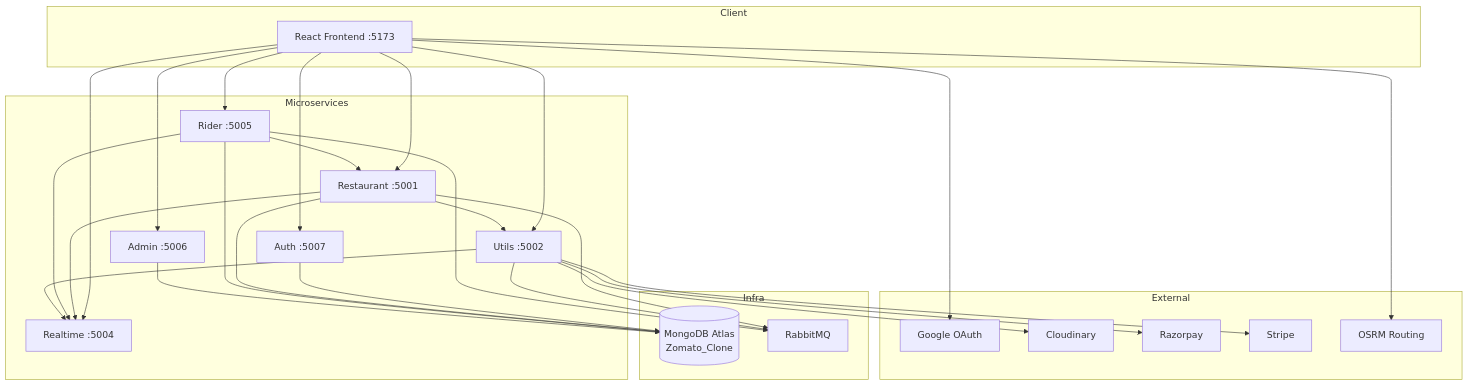
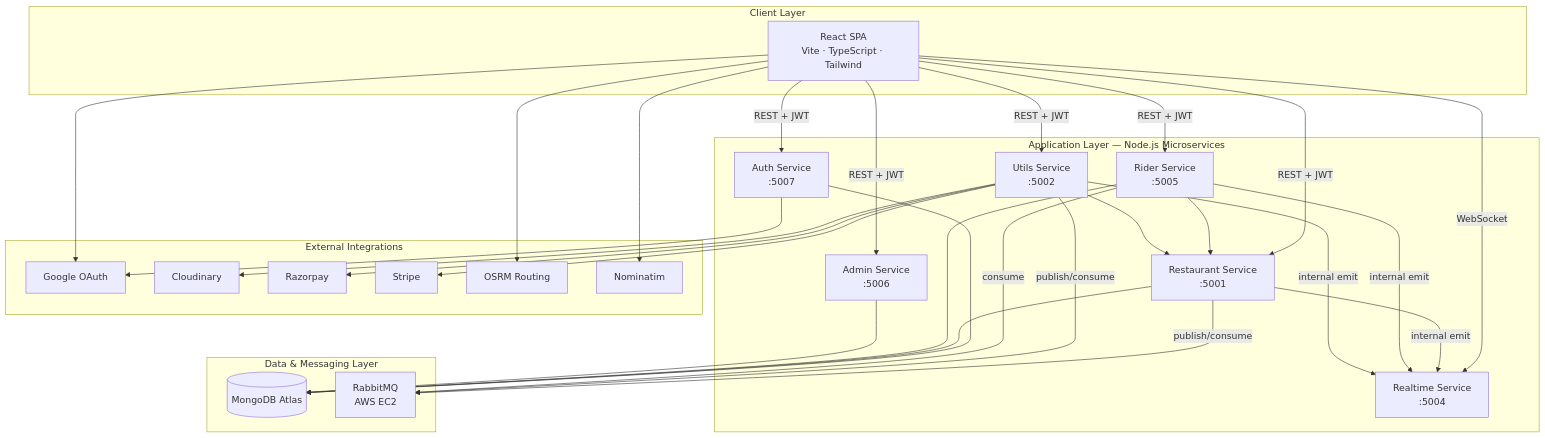
Before and after one commit to subhm2004/ByteBites: the first of 8 diagrams in README.md, drawn with Mermaid. The commit also changed other lines of this file and 23 other files, not shown here.

````diff
--- a/README.md
+++ b/README.md
@@ -160,40 +138,45 @@
 ```mermaid
 flowchart TB
-    subgraph Client
-        FE[React Frontend :5173]
+    subgraph Client["Client Layer"]
+        FE["React SPA<br/>Vite · TypeScript · Tailwind"]
     end
 
-    subgraph Microservices
-        AUTH[Auth :5007]
-        REST[Restaurant :5001]
-        UTILS[Utils :5002]
-        RT[Realtime :5004]
-        RIDER[Rider :5005]
-        ADMIN[Admin :5006]
+    subgraph Services["Application Layer — Node.js Microservices"]
+        AUTH["Auth Service<br/>:5007"]
+        REST["Restaurant Service<br/>:5001"]
+        UTILS["Utils Service<br/>:5002"]
+        RT["Realtime Service<br/>:5004"]
+        RIDER["Rider Service<br/>:5005"]
+        ADMIN["Admin Service<br/>:5006"]
     end
 
-    subgraph Infra
-        MONGO[(MongoDB Atlas\nZomato_Clone)]
-        RMQ[RabbitMQ]
+    subgraph Data["Data & Messaging Layer"]
+        MONGO[("MongoDB Atlas")]
+        RMQ["RabbitMQ<br/>AWS EC2"]
     end
 
-    subgraph External
-        GOOGLE[Google OAuth]
-        CLOUD[Cloudinary]
-        RAZOR[Razorpay]
-        STRIPE[Stripe]
-        OSRM[OSRM Routing]
+    subgraph External["External Integrations"]
+        GOOGLE["Google OAuth"]
+        CLOUD["Cloudinary"]
+        RAZOR["Razorpay"]
+        STRIPE["Stripe"]
+        OSRM["OSRM Routing"]
+        NOM["Nominatim"]
     end
 
-    FE --> AUTH & REST & UTILS & RT & RIDER & ADMIN
+    FE -->|"REST + JWT"| AUTH & REST & UTILS & RIDER & ADMIN
+    FE -->|"WebSocket"| RT
+    FE --> GOOGLE & OSRM & NOM
+
     AUTH & REST & RIDER --> MONGO
     ADMIN --> MONGO
-    REST --> RMQ
-    UTILS --> RMQ
-    RIDER --> RMQ
-    REST & RIDER & UTILS --> RT
-    REST --> UTILS
+
+    REST & UTILS -->|"publish/consume"| RMQ
+    RIDER -->|"consume"| RMQ
+
+    REST & RIDER & UTILS -->|"internal emit"| RT
     RIDER --> REST
-    FE --> GOOGLE & OSRM
+    UTILS --> REST
     UTILS --> CLOUD & RAZOR & STRIPE
+    AUTH --> GOOGLE
 ```
````
